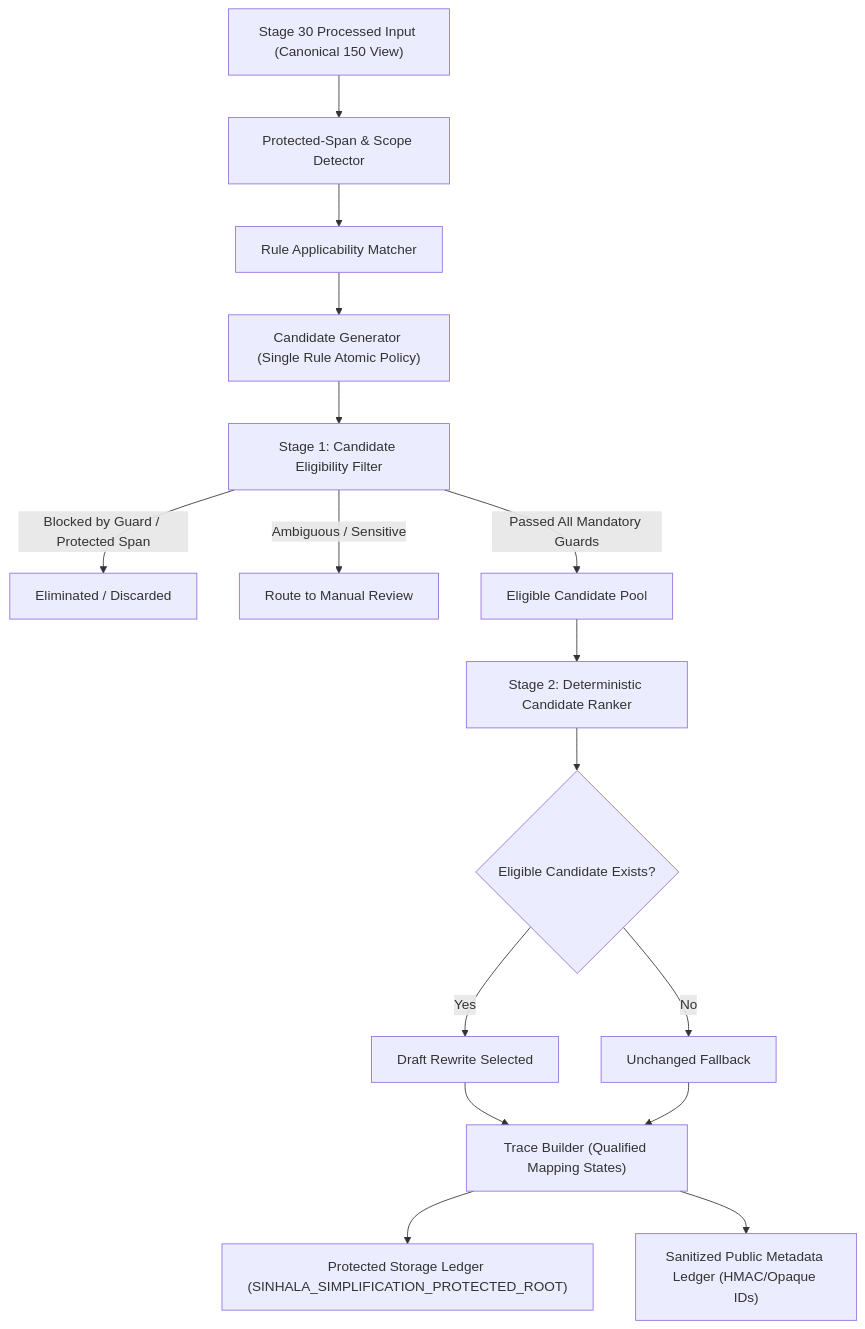
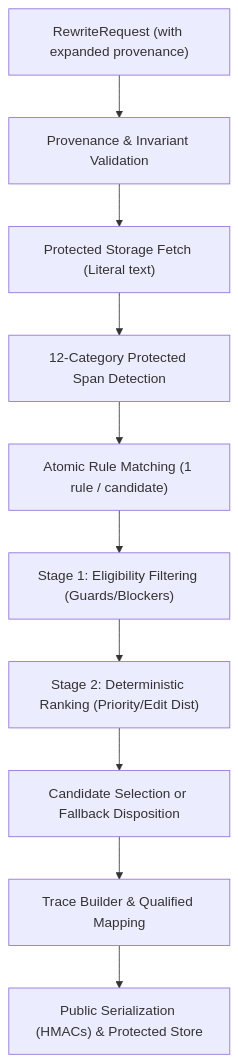
The first of 2 diagrams in docs/stage33_implementation_plan.md (LasinduDeshan/Language_Simplification_MVP), drawn with Mermaid before and after one commit. The commit also changed other lines of this file and 27 other files, not shown here.

Commit message:
feat(stage33): reconcile multi-partition 150-input accounting, dynamic split manifest evidence, and locked-test execution verification

````diff
--- a/docs/stage33_implementation_plan.md
+++ b/docs/stage33_implementation_plan.md
@@ -120,18 +115,12 @@
 ```mermaid
 flowchart TD
-    A["Stage 30 Processed Input (Canonical 150 View)"] --> B["Protected-Span & Scope Detector"]
-    B --> C["Rule Applicability Matcher"]
-    C --> D["Candidate Generator (Single Rule Atomic Policy)"]
-    D --> E["Stage 1: Candidate Eligibility Filter"]
-    E -- "Blocked by Guard / Protected Span" --> F1["Eliminated / Discarded"]
-    E -- "Ambiguous / Sensitive" --> F2["Route to Manual Review"]
-    E -- "Passed All Mandatory Guards" --> G["Eligible Candidate Pool"]
-    G --> H["Stage 2: Deterministic Candidate Ranker"]
-    H --> I{"Eligible Candidate Exists?"}
-    I -- "Yes" --> J["Draft Rewrite Selected"]
-    I -- "No" --> K["Unchanged Fallback"]
-    J --> L["Trace Builder (Qualified Mapping States)"]
-    K --> L
-    L --> M["Protected Storage Ledger (SINHALA_SIMPLIFICATION_PROTECTED_ROOT)"]
-    L --> N["Sanitized Public Metadata Ledger (HMAC/Opaque IDs)"]
+    Req["RewriteRequest (with expanded provenance)"] --> Val["Provenance & Invariant Validation"]
+    Val --> Fetch["Protected Storage Fetch (Literal text)"]
+    Fetch --> SpanDet["12-Category Protected Span Detection"]
+    SpanDet --> RuleGen["Atomic Rule Matching (1 rule / candidate)"]
+    RuleGen --> Stage1["Stage 1: Eligibility Filtering (Guards/Blockers)"]
+    Stage1 --> Stage2["Stage 2: Deterministic Ranking (Priority/Edit Dist)"]
+    Stage2 --> Select["Candidate Selection or Fallback Disposition"]
+    Select --> Trace["Trace Builder & Qualified Mapping"]
+    Trace --> Export["Public Serialization (HMACs) & Protected Store"]
 ```
````
